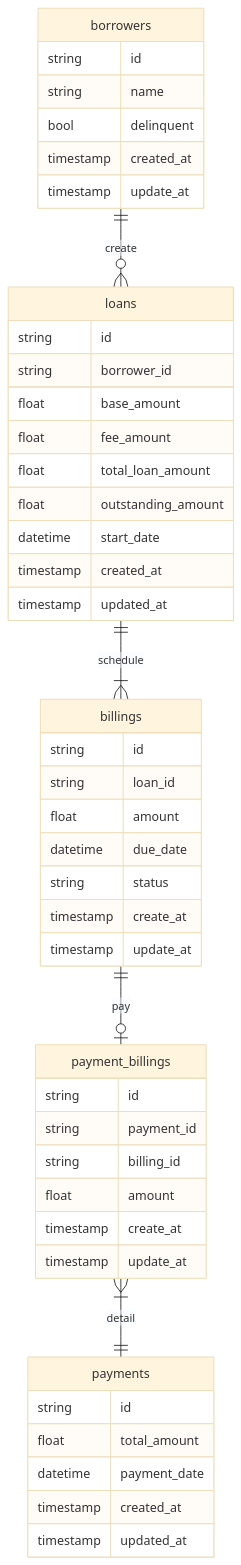
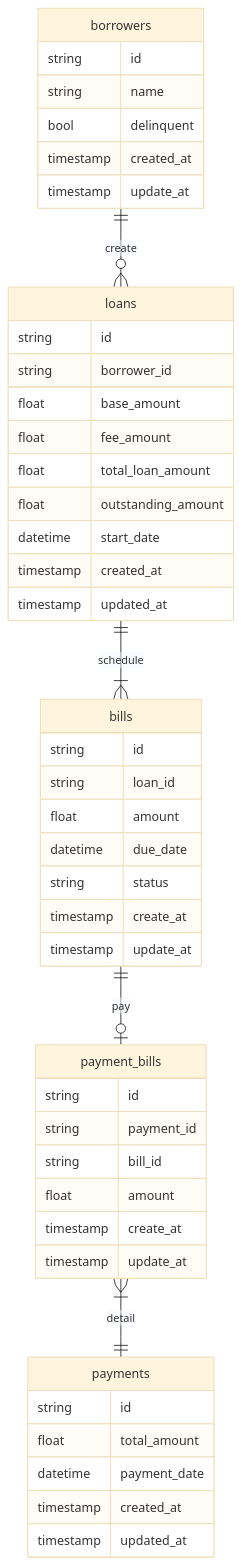
One commit to ran-jita/billing-engine changed the diagram in documentation/3.database.md. Above: the diagram before and after it, drawn with Mermaid (base theme). The commit also changed 17 other files, not shown here.

Commit message:
chore: rename billing to bill

````diff
--- a/documentation/3.database.md
+++ b/documentation/3.database.md
@@ -1,49 +1,49 @@
 ```mermaid
 erDiagram
 borrowers {
     string id
     string name
     bool delinquent
     timestamp created_at
     timestamp update_at
 }
 borrowers ||--o{ loans : create
 loans {
     string id
     string borrower_id
     float base_amount
     float fee_amount
     float total_loan_amount
     float outstanding_amount
     datetime start_date
     timestamp created_at
     timestamp updated_at
 }
-loans ||--|{ billings: schedule
-billings {
+loans ||--|{ bills: schedule
+bills {
     string id
     string loan_id
     float amount
     datetime due_date
     string status
     timestamp create_at
     timestamp update_at
 }
-billings ||--o| payment_billings: pay
-payment_billings {
+bills ||--o| payment_bills: pay
+payment_bills {
     string id
     string payment_id
-    string billing_id
+    string bill_id
     float amount
     timestamp create_at
     timestamp update_at
 }
-payment_billings }|--|| payments: detail
+payment_bills }|--|| payments: detail
 payments {
     string id
     float total_amount
     datetime payment_date
     timestamp created_at
     timestamp updated_at
 }
 ```
````
